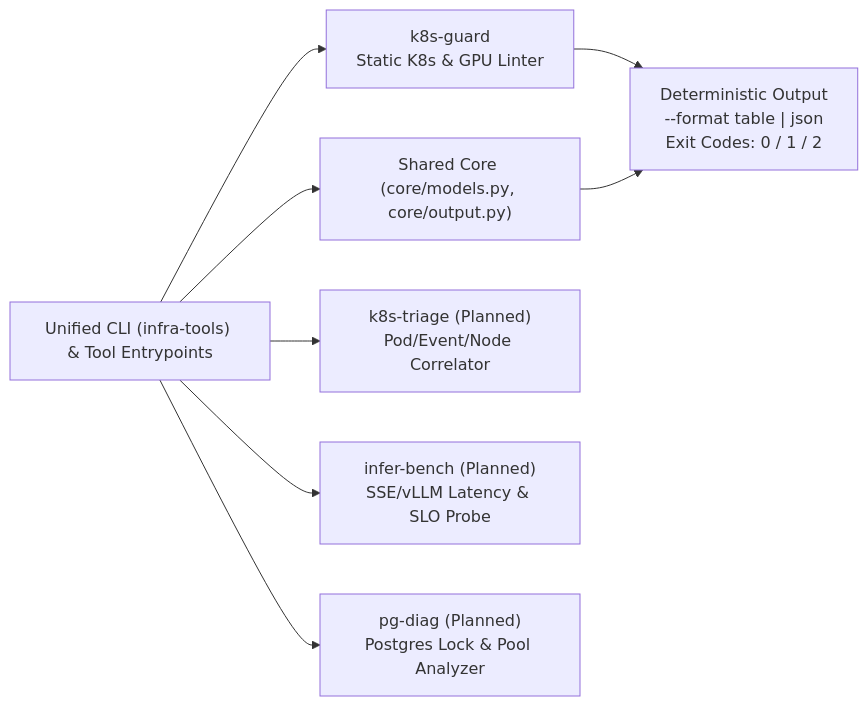
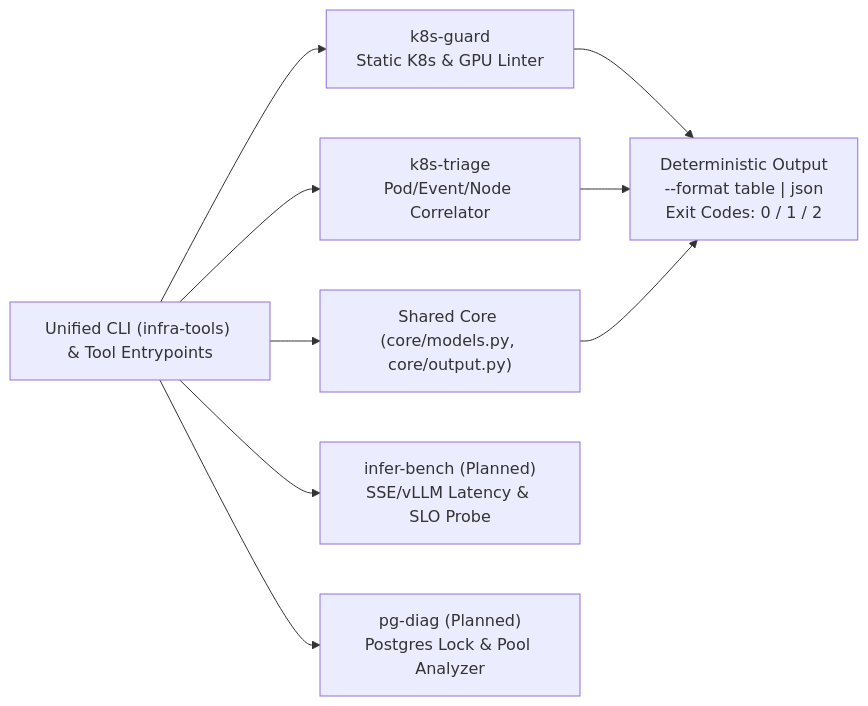
One commit to mohananarasimha/infrastructure-tools changed the diagram in README.md. Above: the diagram before and after it, drawn with Mermaid. The commit also changed other lines of this file and 16 other files, not shown here.

Commit message:
Add k8s-triage pod, event, probe, and node failure correlator (#3)

````diff
--- a/README.md
+++ b/README.md
@@ -7,11 +7,12 @@
 ```mermaid
 flowchart LR
     CLI["Unified CLI (infra-tools) & Tool Entrypoints"] --> CORE["Shared Core (core/models.py, core/output.py)"]
     CLI --> KG["k8s-guard\nStatic K8s & GPU Linter"]
-    CLI --> KT["k8s-triage (Planned)\nPod/Event/Node Correlator"]
+    CLI --> KT["k8s-triage\nPod/Event/Node Correlator"]
     CLI --> IB["infer-bench (Planned)\nSSE/vLLM Latency & SLO Probe"]
     CLI --> PG["pg-diag (Planned)\nPostgres Lock & Pool Analyzer"]
 
     KG --> OUT["Deterministic Output\n--format table | json\nExit Codes: 0 / 1 / 2"]
+    KT --> OUT
     CORE --> OUT
 ```
````
